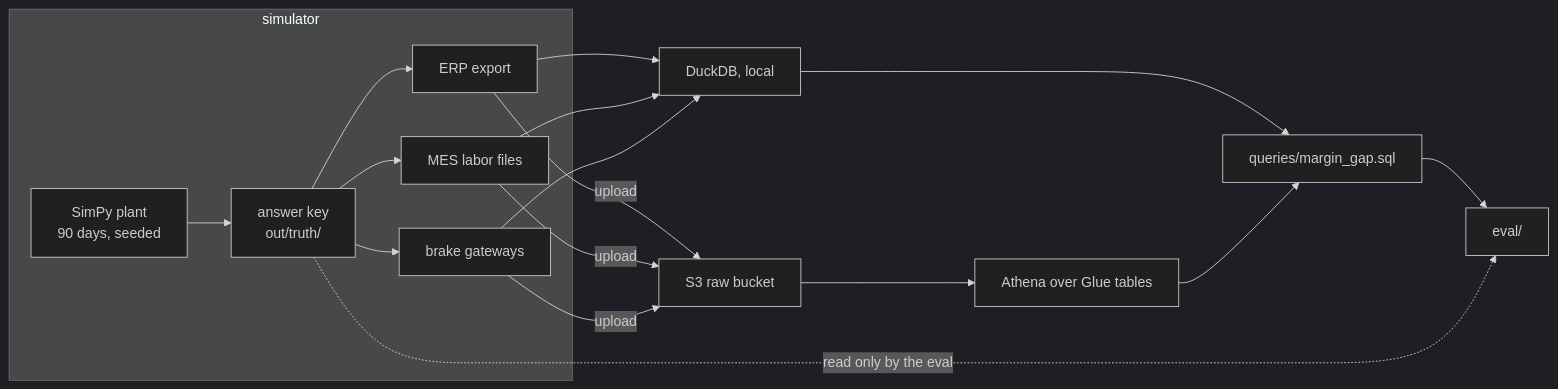
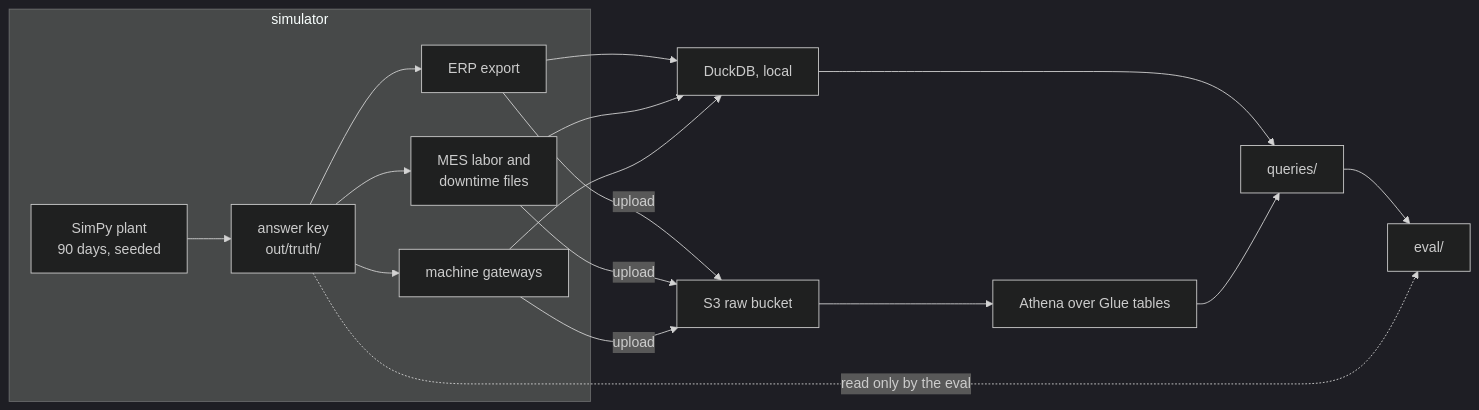
Before and after one commit to trcollinson/crestline-supply: the first of 3 diagrams in README.md, drawn with Mermaid (dark theme). The commit also changed other lines of this file, not shown here.

Commit message:
README: the machine data results, the cost per 1,000 tags, and the IoT Core replay, checks, and teardown

````diff
--- a/README.md
+++ b/README.md
@@ -42,15 +74,15 @@
 ```mermaid
 flowchart LR
     subgraph sim["simulator"]
         plant["SimPy plant<br/>90 days, seeded"] --> truth["answer key<br/>out/truth/"]
         truth --> erp["ERP export"]
-        truth --> mes["MES labor files"]
-        truth --> brakes["brake gateways"]
+        truth --> mes["MES labor and<br/>downtime files"]
+        truth --> machines["machine gateways"]
     end
-    erp & mes & brakes --> duck["DuckDB, local"]
-    erp & mes & brakes -->|upload| s3["S3 raw bucket"]
+    erp & mes & machines --> duck["DuckDB, local"]
+    erp & mes & machines -->|upload| s3["S3 raw bucket"]
     s3 --> athena["Athena over Glue tables"]
-    duck & athena --> query["queries/margin_gap.sql"]
+    duck & athena --> query["queries/"]
     query --> eval["eval/"]
     truth -. "read only by the eval" .-> eval
 ```
````
